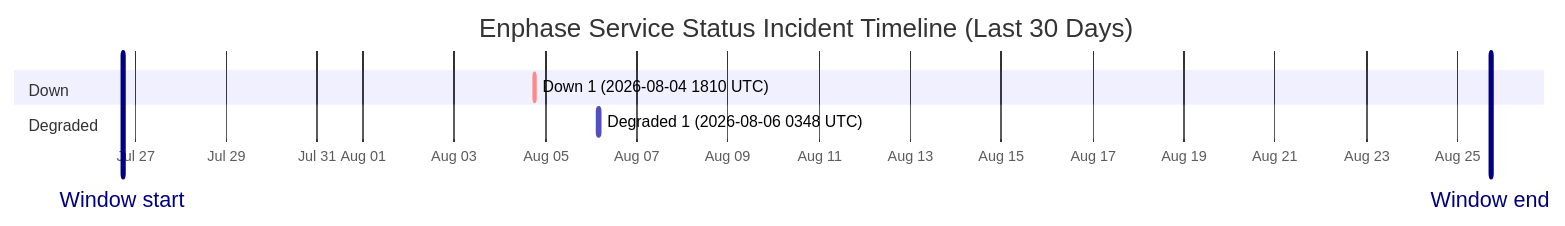
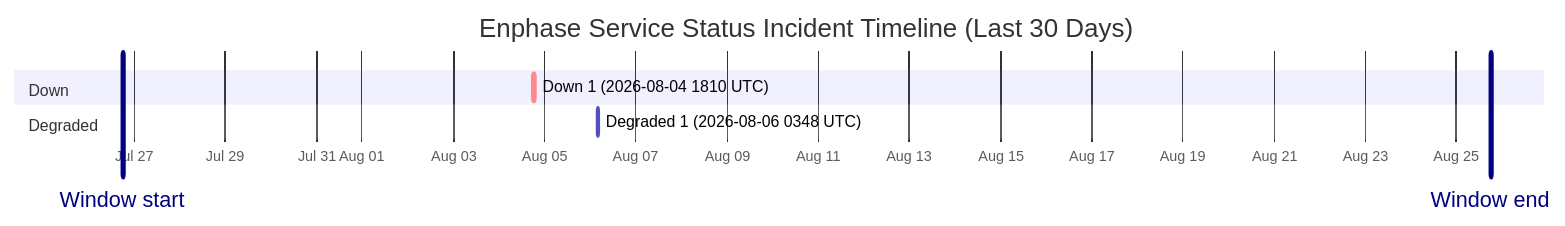
The diagram in wiki/Service-Status-History.md (barneyonline/ha-enphase-energy), drawn with Mermaid before and after one commit. The commit also changed other lines of this file and 3 other files, not shown here.

````diff
--- a/wiki/Service-Status-History.md
+++ b/wiki/Service-Status-History.md
@@ -14,12 +14,12 @@
 ```mermaid
 gantt
     title Enphase Service Status Incident Timeline (Last 30 Days)
     dateFormat  YYYY-MM-DDTHH:mm:ss
     axisFormat  %b %d
-    Window start :vert, window-start, 2026-07-26T17:29:34, 0ms
-    Window end :vert, window-end, 2026-08-25T17:29:34, 0ms
+    Window start :vert, window-start, 2026-07-26T17:59:17, 0ms
+    Window end :vert, window-end, 2026-08-25T17:59:17, 0ms
     section Down
     Down 1 (2026-08-04 1810 UTC) :crit, down-1, 2026-08-04T18:10:46, 60m
     section Degraded
     Degraded 1 (2026-08-06 0348 UTC) :active, degraded-1, 2026-08-06T03:48:14, 60m
 ```
````
